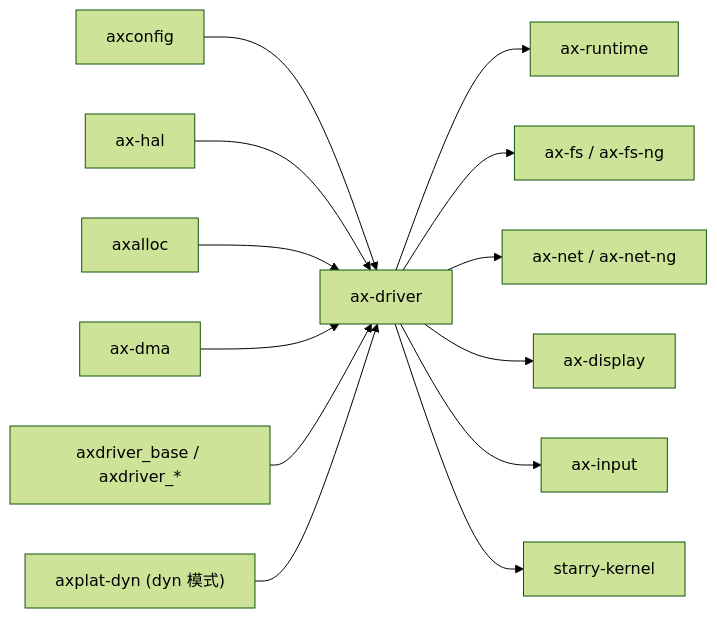
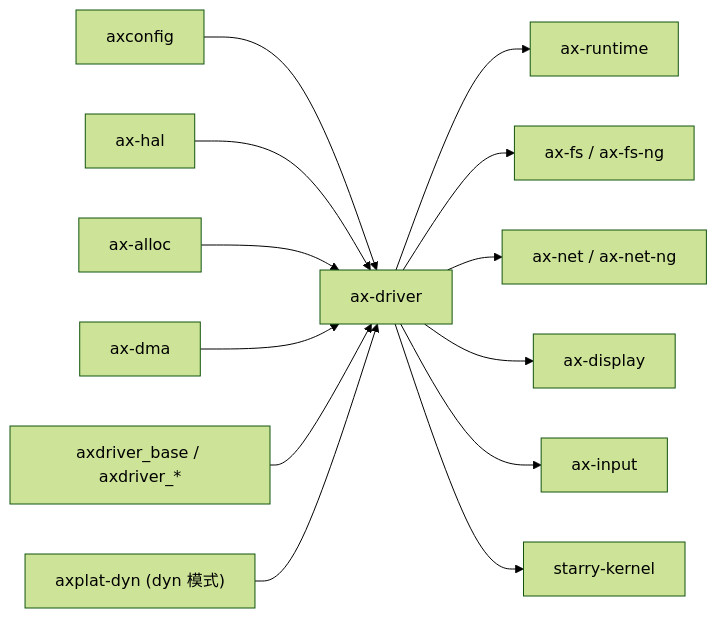
The second of 2 diagrams in docs/crates/ax-driver.md (zKurisu/tgoskits), drawn with Mermaid (forest theme) before and after one commit. The commit also changed other lines of this file and 75 other files, not shown here.

Commit message:
rename axalloc to ax-alloc

````diff
--- a/docs/crates/ax-driver.md
+++ b/docs/crates/ax-driver.md
@@ -124,16 +124,16 @@
 ```mermaid
 graph LR
     axconfig["axconfig"] --> ax-driver["ax-driver"]
     ax-hal["ax-hal"] --> ax-driver
-    axalloc["axalloc"] --> ax-driver
+    ax-alloc["ax-alloc"] --> ax-driver
     ax_dma["ax-dma"] --> ax-driver
     axdriver_base["axdriver_base / axdriver_*"] --> ax-driver
     axplat_dyn["axplat-dyn (dyn 模式)"] --> ax-driver
 
     ax-driver --> ax-runtime["ax-runtime"]
     ax-driver --> ax-fs["ax-fs / ax-fs-ng"]
     ax-driver --> ax-net["ax-net / ax-net-ng"]
     ax-driver --> ax-display["ax-display"]
     ax-driver --> ax-input["ax-input"]
     ax-driver --> starry_kernel["starry-kernel"]
 ```
````
